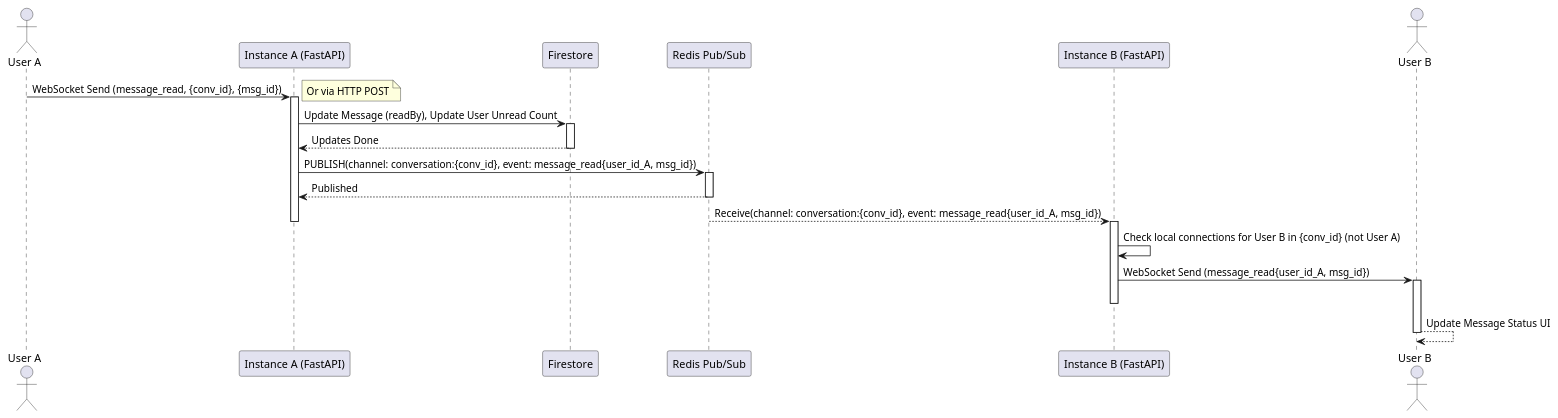
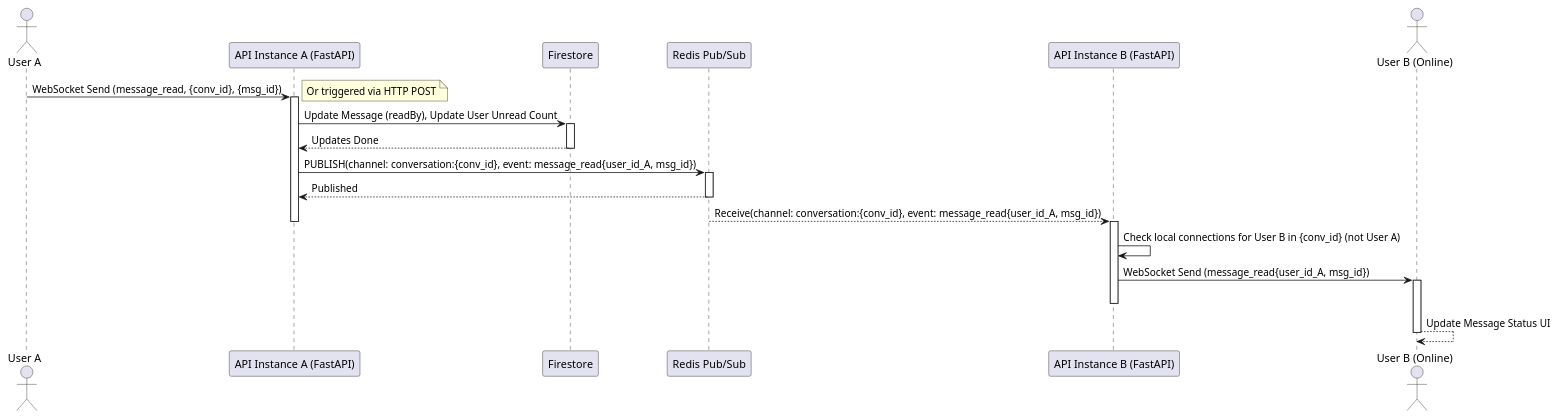
Before and after one commit to Software-Architecture-HCMUT-242/zalo-phake: the diagram in chat_management/docs/read_receipt_flow.puml, drawn with PlantUML. The commit also changed 11 other files, not shown here.

Commit message:
Refactor message handling to implement new message flow architecture; enhance offline notification processing with SQS and Redis integration

```diff
--- a/chat_management/docs/read_receipt_flow.puml
+++ b/chat_management/docs/read_receipt_flow.puml
@@ -1,30 +1,30 @@
 @startuml Read Receipt Flow
 actor "User A" as UserA
-participant "Instance A (FastAPI)" as InstA
+participant "API Instance A (FastAPI)" as InstA
 participant "Firestore" as FS
 participant "Redis Pub/Sub" as Redis
-participant "Instance B (FastAPI)" as InstB
-actor "User B" as UserB
+participant "API Instance B (FastAPI)" as InstB
+actor "User B (Online)" as UserB
 
 UserA -> InstA : WebSocket Send (message_read, {conv_id}, {msg_id})
-note right: Or via HTTP POST
+note right: Or triggered via HTTP POST
 activate InstA
 InstA -> FS : Update Message (readBy), Update User Unread Count
 activate FS
 FS --> InstA : Updates Done
 deactivate FS
 InstA -> Redis : PUBLISH(channel: conversation:{conv_id}, event: message_read{user_id_A, msg_id})
 activate Redis
 Redis --> InstA : Published
 deactivate Redis
 Redis --> InstB : Receive(channel: conversation:{conv_id}, event: message_read{user_id_A, msg_id})
 deactivate InstA
 activate InstB
 InstB -> InstB : Check local connections for User B in {conv_id} (not User A)
 InstB -> UserB : WebSocket Send (message_read{user_id_A, msg_id})
 activate UserB
 deactivate InstB
 UserB --> UserB : Update Message Status UI
 deactivate UserB
 
 @enduml
```
